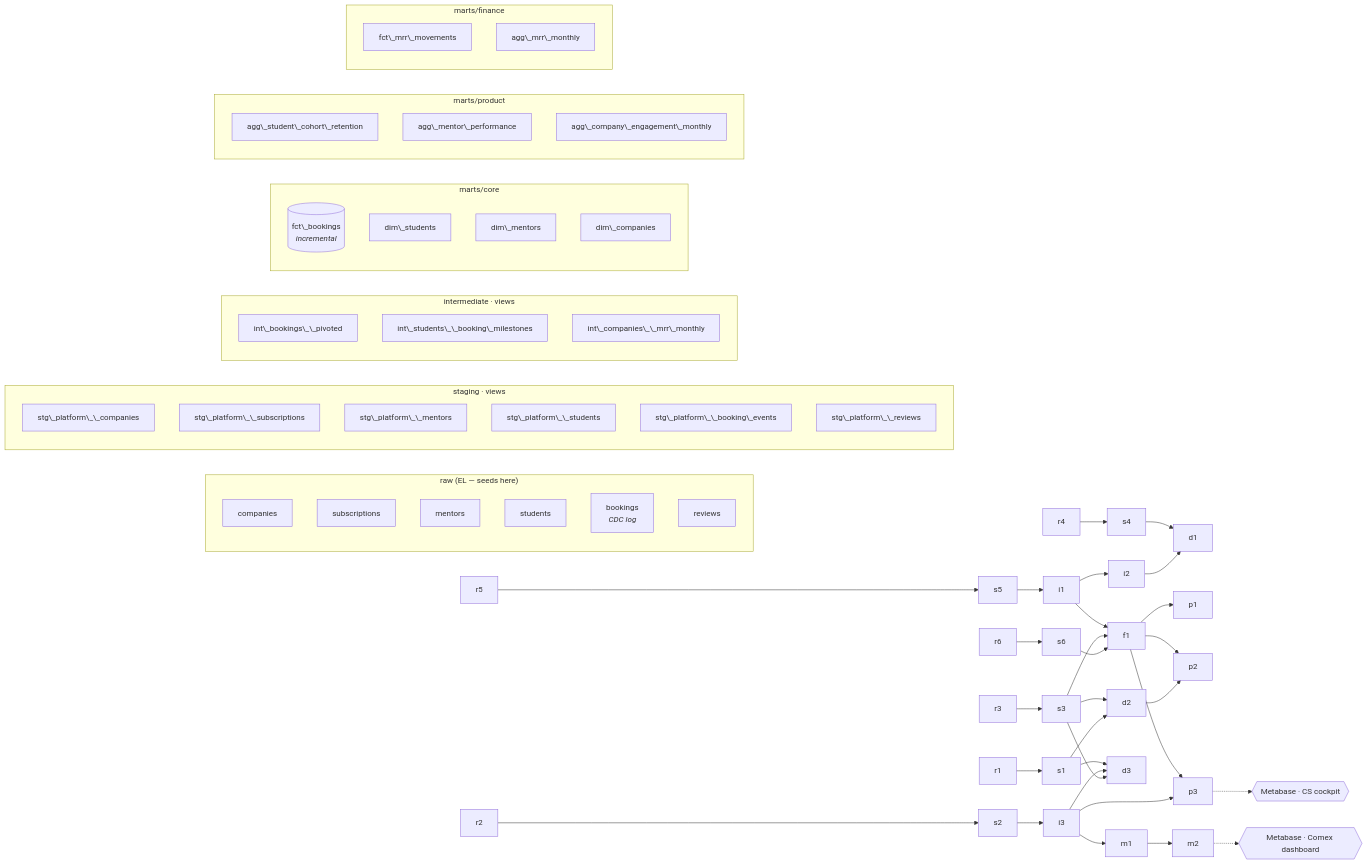
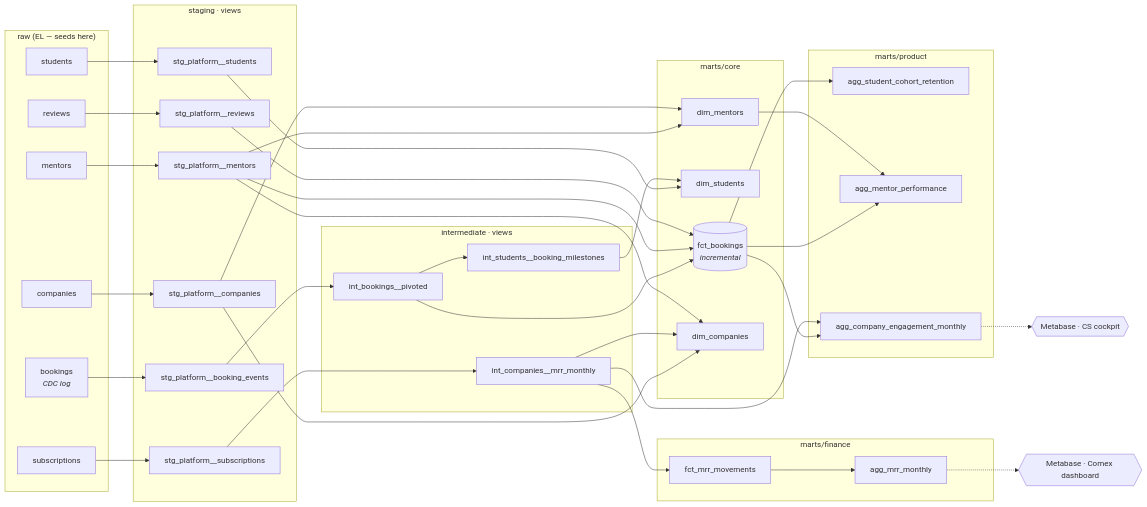
The diagram in README.md (mateosaguezperso/mentora-analytics), drawn with Mermaid before and after one commit. The commit also changed other lines of this file, not shown here.

````diff
--- a/README.md
+++ b/README.md
@@ -44,46 +45,46 @@
 ```mermaid
 flowchart LR
-    subgraph raw\["raw (EL — seeds here)"]
-        r1\[companies]; r2\[subscriptions]; r3\[mentors]
-        r4\[students]; r5\[bookings<br/><i>CDC log</i>]; r6\[reviews]
+    subgraph raw["raw (EL — seeds here)"]
+        r1[companies]; r2[subscriptions]; r3[mentors]
+        r4[students]; r5[bookings<br/><i>CDC log</i>]; r6[reviews]
     end
 
-    subgraph stg\[staging · views]
-        s1\[stg\_platform\_\_companies]; s2\[stg\_platform\_\_subscriptions]
-        s3\[stg\_platform\_\_mentors]; s4\[stg\_platform\_\_students]
-        s5\[stg\_platform\_\_booking\_events]; s6\[stg\_platform\_\_reviews]
+    subgraph stg[staging · views]
+        s1[stg_platform__companies]; s2[stg_platform__subscriptions]
+        s3[stg_platform__mentors]; s4[stg_platform__students]
+        s5[stg_platform__booking_events]; s6[stg_platform__reviews]
     end
 
-    subgraph int\[intermediate · views]
-        i1\[int\_bookings\_\_pivoted]
-        i2\[int\_students\_\_booking\_milestones]
-        i3\[int\_companies\_\_mrr\_monthly]
+    subgraph int[intermediate · views]
+        i1[int_bookings__pivoted]
+        i2[int_students__booking_milestones]
+        i3[int_companies__mrr_monthly]
     end
 
-    subgraph core\[marts/core]
-        f1\[(fct\_bookings<br/><i>incremental</i>)]
-        d1\[dim\_students]; d2\[dim\_mentors]; d3\[dim\_companies]
+    subgraph core[marts/core]
+        f1[(fct_bookings<br/><i>incremental</i>)]
+        d1[dim_students]; d2[dim_mentors]; d3[dim_companies]
     end
 
-    subgraph prod\[marts/product]
-        p1\[agg\_student\_cohort\_retention]
-        p2\[agg\_mentor\_performance]
-        p3\[agg\_company\_engagement\_monthly]
+    subgraph prod[marts/product]
+        p1[agg_student_cohort_retention]
+        p2[agg_mentor_performance]
+        p3[agg_company_engagement_monthly]
     end
 
-    subgraph fin\[marts/finance]
-        m1\[fct\_mrr\_movements]; m2\[agg\_mrr\_monthly]
+    subgraph fin[marts/finance]
+        m1[fct_mrr_movements]; m2[agg_mrr_monthly]
     end
 
     r1-->s1; r2-->s2; r3-->s3; r4-->s4; r5-->s5; r6-->s6
     s5-->i1-->i2
     s2-->i3
     i1-->f1; s3-->f1; s6-->f1
     s4-->d1; i2-->d1
     s3-->d2; s1-->d2
     s1-->d3; i3-->d3; s3-->d3
     f1-->p1; f1-->p2; d2-->p2; f1-->p3; i3-->p3
     i3-->m1-->m2
     m2 -.-> X{{Metabase · Comex dashboard}}
     p3 -.-> Y{{Metabase · CS cockpit}}
 ```
````
